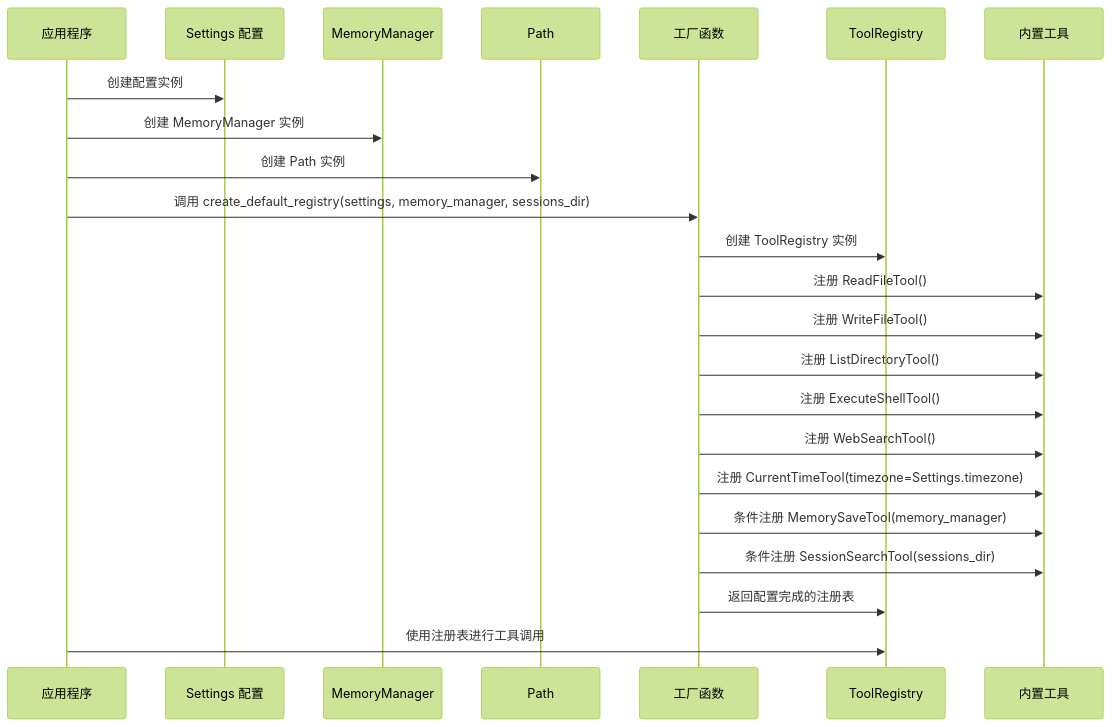
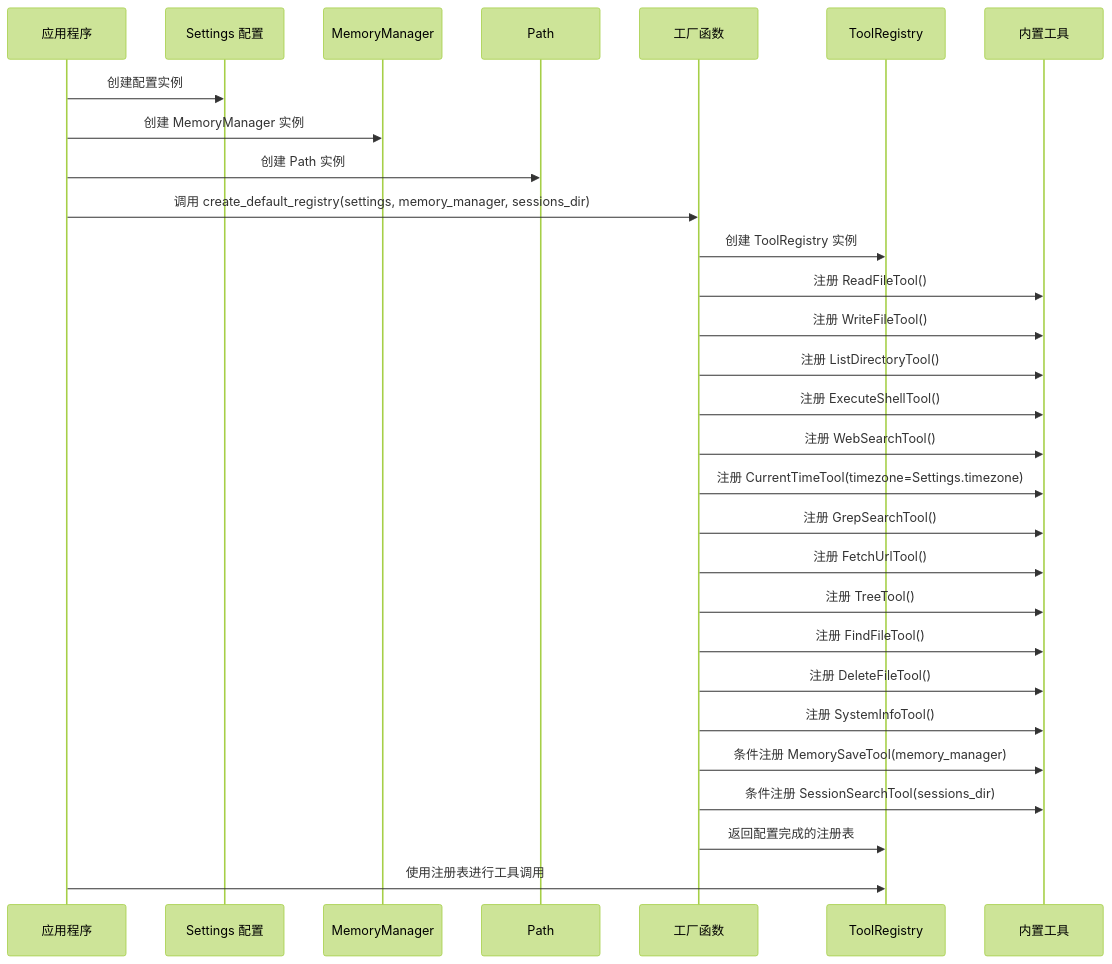
Before and after one commit to 250shiwo/MySmallAgent: the eighth of 14 diagrams in .qoder/repowiki/zh/content/核心模块详解/工具系统架构.md, drawn with Mermaid (forest theme). The commit also changed other lines of this file and 23 other files, not shown here.

````diff
--- a/.qoder/repowiki/zh/content/核心模块详解/工具系统架构.md
+++ b/.qoder/repowiki/zh/content/核心模块详解/工具系统架构.md
@@ -612,25 +807,31 @@
 ```mermaid
 sequenceDiagram
 participant App as 应用程序
 participant Settings as Settings 配置
 participant MemoryManager as MemoryManager
 participant SessionsDir as Path
 participant Factory as 工厂函数
 participant Registry as ToolRegistry
 participant Tools as 内置工具
 App->>Settings : 创建配置实例
 App->>MemoryManager : 创建 MemoryManager 实例
 App->>SessionsDir : 创建 Path 实例
 App->>Factory : 调用 create_default_registry(settings, memory_manager, sessions_dir)
 Factory->>Registry : 创建 ToolRegistry 实例
 Factory->>Tools : 注册 ReadFileTool()
 Factory->>Tools : 注册 WriteFileTool()
 Factory->>Tools : 注册 ListDirectoryTool()
 Factory->>Tools : 注册 ExecuteShellTool()
 Factory->>Tools : 注册 WebSearchTool()
 Factory->>Tools : 注册 CurrentTimeTool(timezone=Settings.timezone)
+Factory->>Tools : 注册 GrepSearchTool()
+Factory->>Tools : 注册 FetchUrlTool()
+Factory->>Tools : 注册 TreeTool()
+Factory->>Tools : 注册 FindFileTool()
+Factory->>Tools : 注册 DeleteFileTool()
+Factory->>Tools : 注册 SystemInfoTool()
 Factory->>Tools : 条件注册 MemorySaveTool(memory_manager)
 Factory->>Tools : 条件注册 SessionSearchTool(sessions_dir)
 Factory->>Registry : 返回配置完成的注册表
 App->>Registry : 使用注册表进行工具调用
 ```
````
